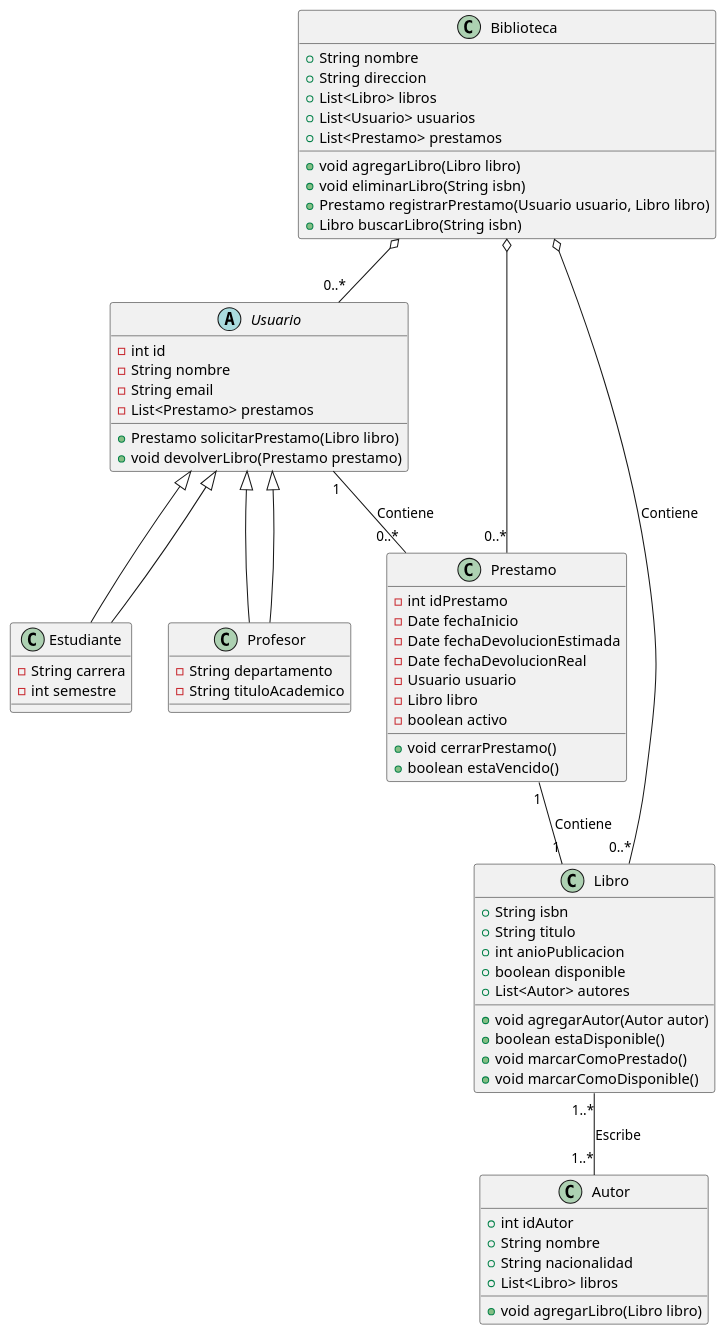
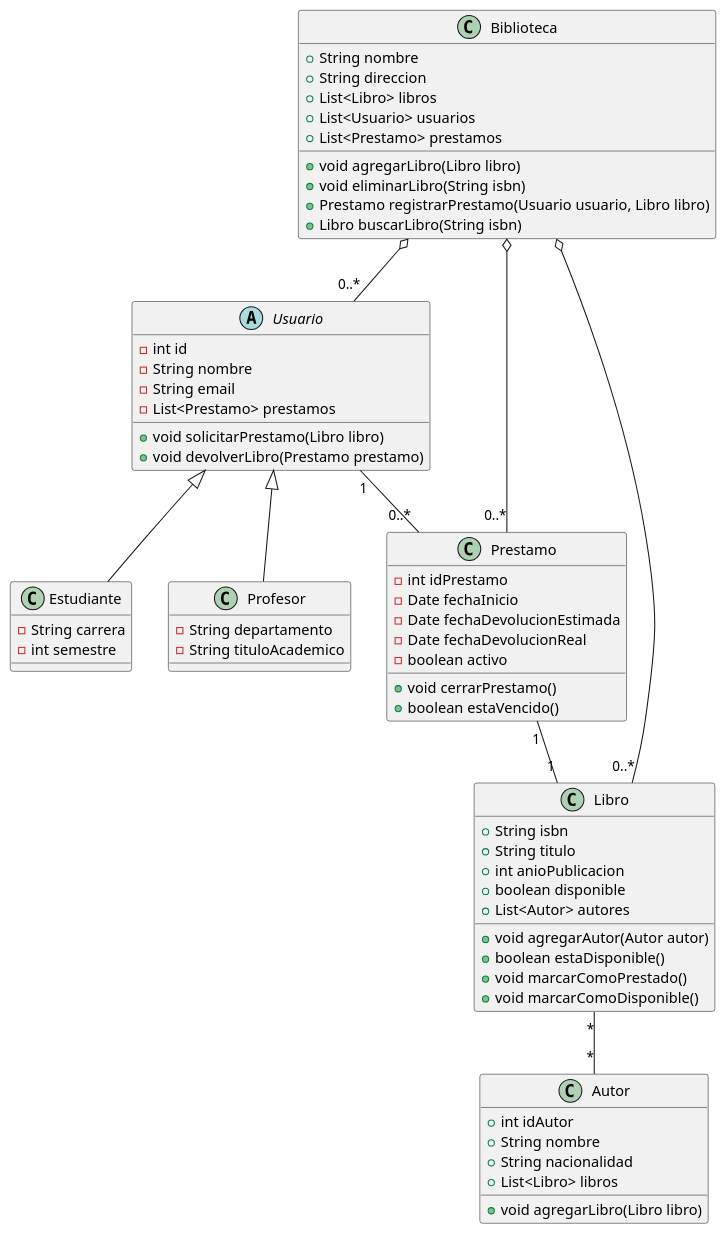
The diagram in ETSS/universidad.puml (Alejandr024/ProgramacionYETS), drawn with PlantUML before and after one commit. The commit also changed 7 other files, not shown here.

```diff
--- a/ETSS/universidad.puml
+++ b/ETSS/universidad.puml
@@ -1,76 +1,73 @@
 @startuml
 
-class Biblioteca{
+class Biblioteca {
     + String nombre
     + String direccion
     + List<Libro> libros
     + List<Usuario> usuarios
     + List<Prestamo> prestamos
     + void agregarLibro(Libro libro)
     + void eliminarLibro(String isbn)
     + Prestamo registrarPrestamo(Usuario usuario, Libro libro)
     + Libro buscarLibro(String isbn)
 }
 
-
-
-abstract class Usuario{
+abstract class Usuario {
     - int id
     - String nombre
     - String email
     - List<Prestamo> prestamos
-    + Prestamo solicitarPrestamo(Libro libro)
+    + void solicitarPrestamo(Libro libro)
     + void devolverLibro(Prestamo prestamo)
 }
 
-class Estudiante extends Usuario{
+class Estudiante {
     - String carrera
     - int semestre
 }
 
-class Profesor extends Usuario{
+class Profesor {
     - String departamento
     - String tituloAcademico
 }
 
-class Libro{
+class Libro {
     + String isbn
     + String titulo
     + int anioPublicacion
     + boolean disponible
     + List<Autor> autores
     + void agregarAutor(Autor autor)
     + boolean estaDisponible()
     + void marcarComoPrestado()
     + void marcarComoDisponible()
 }
 
-class Autor{
+class Autor {
     + int idAutor
     + String nombre
     + String nacionalidad
     + List<Libro> libros
     + void agregarLibro(Libro libro)
 }
 
-class Prestamo{
+class Prestamo {
     - int idPrestamo
     - Date fechaInicio
     - Date fechaDevolucionEstimada
     - Date fechaDevolucionReal
-    - Usuario usuario
-    - Libro libro
     - boolean activo
     + void cerrarPrestamo()
     + boolean estaVencido()
 }
 
 Usuario <|-- Estudiante
 Usuario <|-- Profesor
-Biblioteca o-- "0..*" Libro : Contiene
-Libro "1..*" -- "1..*" Autor  : Escribe
-Usuario "1" -- "0..*"  Prestamo: Contiene
-Prestamo "1" -- "1" Libro: Contiene
+Biblioteca o-- "0..*" Libro
 Biblioteca o-- "0..*" Usuario
 Biblioteca o-- "0..*" Prestamo
+Usuario "1" -- "0..*" Prestamo
+Prestamo "1" -- "1" Libro
+Libro "*" -- "*" Autor
+
 @enduml
```
